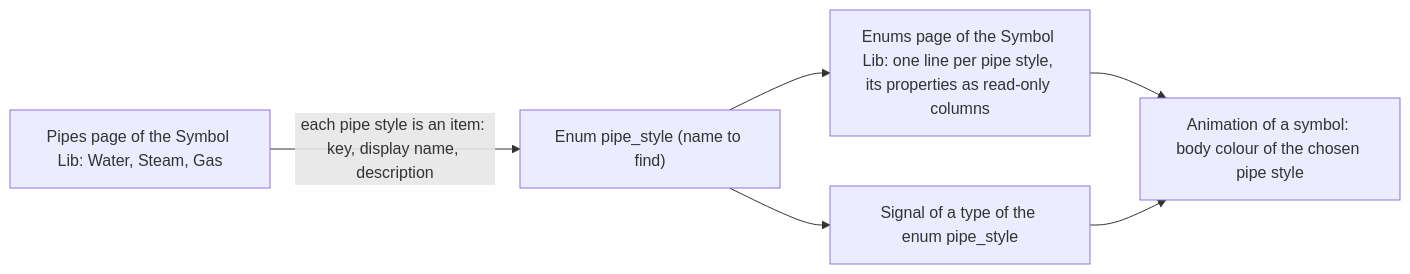
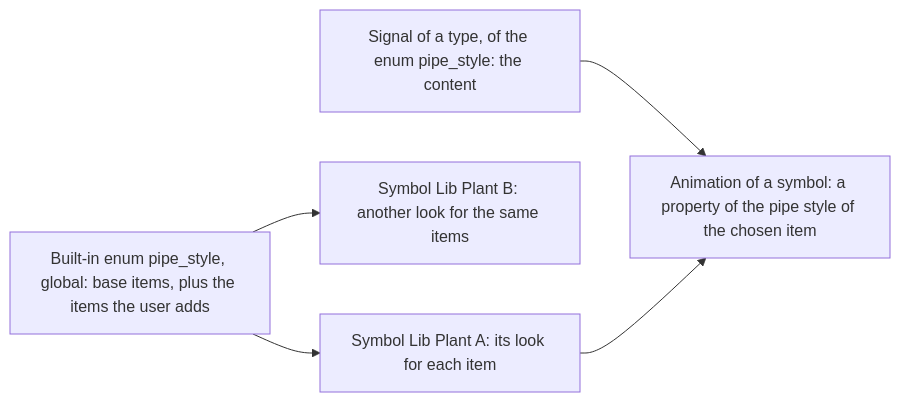
One commit to AlexandreGallais/synoptic-studio-spec changed the fifth of 5 diagrams in symbols/pipes/pipe-styles.md. Above: the diagram before and after it, drawn with Mermaid. The commit also changed other lines of this file and 9 other files, not shown here.

First line of the commit message:
docs(pipes): make pipe styles follow the built-in enum pipe_style

````diff
--- a/symbols/pipes/pipe-styles.md
+++ b/symbols/pipes/pipe-styles.md
@@ -174,8 +175,7 @@
 ```mermaid
 flowchart LR
-    P["Pipes page of the Symbol Lib: Water, Steam, Gas"] -->|"each pipe style is an item: key, display name, description"| E["Enum pipe_style (name to find)"]
-    E --> L["Enums page of the Symbol Lib: one line per pipe style, its properties as read-only columns"]
-    E --> S["Signal of a type of the enum pipe_style"]
-    L --> A["Animation of a symbol: body colour of the chosen pipe style"]
-    S --> A
+    E["Built-in enum pipe_style, global: base items, plus the items the user adds"] --> P1["Symbol Lib Plant A: its look for each item"]
+    E --> P2["Symbol Lib Plant B: another look for the same items"]
+    S["Signal of a type, of the enum pipe_style: the content"] --> A["Animation of a symbol: a property of the pipe style of the chosen item"]
+    P1 --> A
 ```
````
